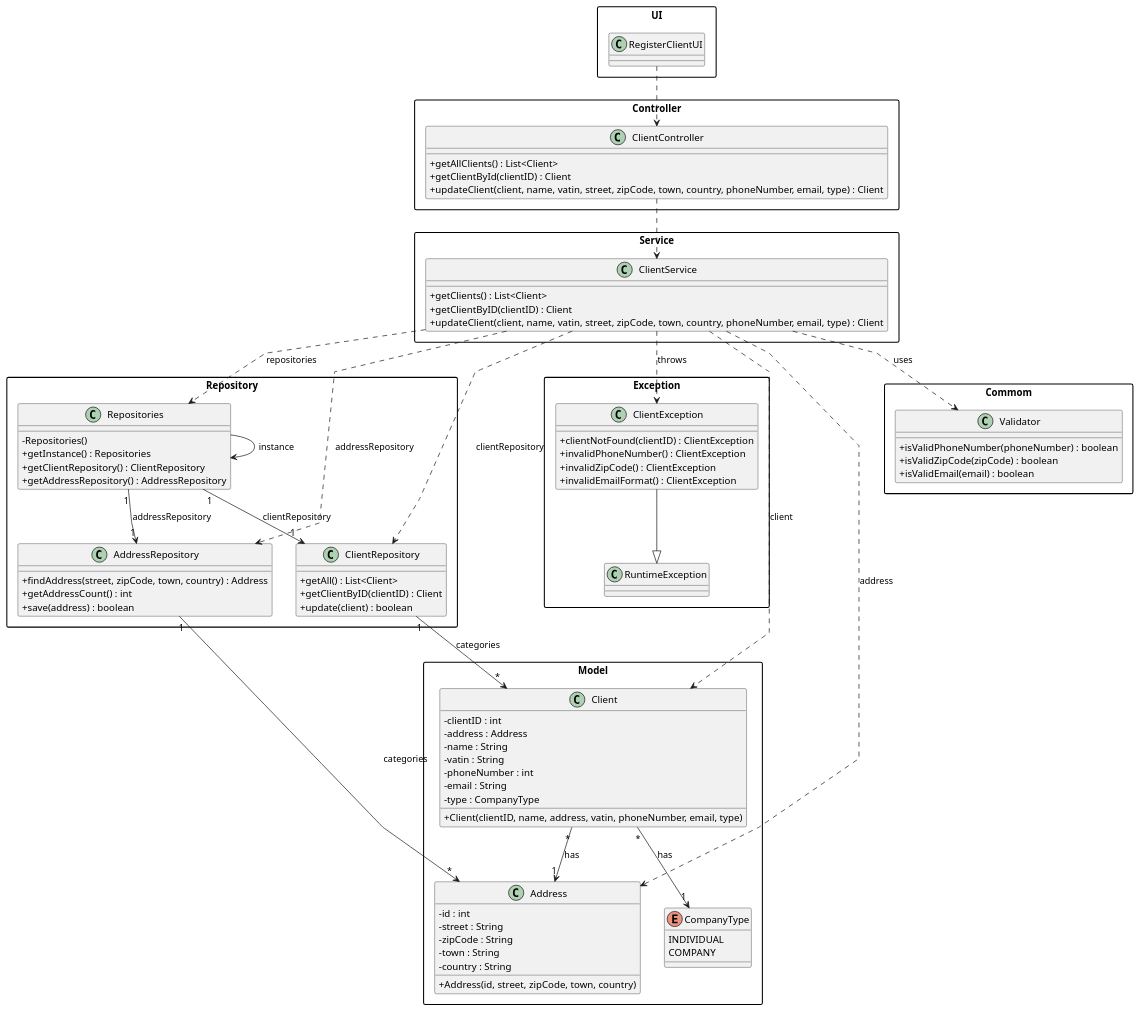
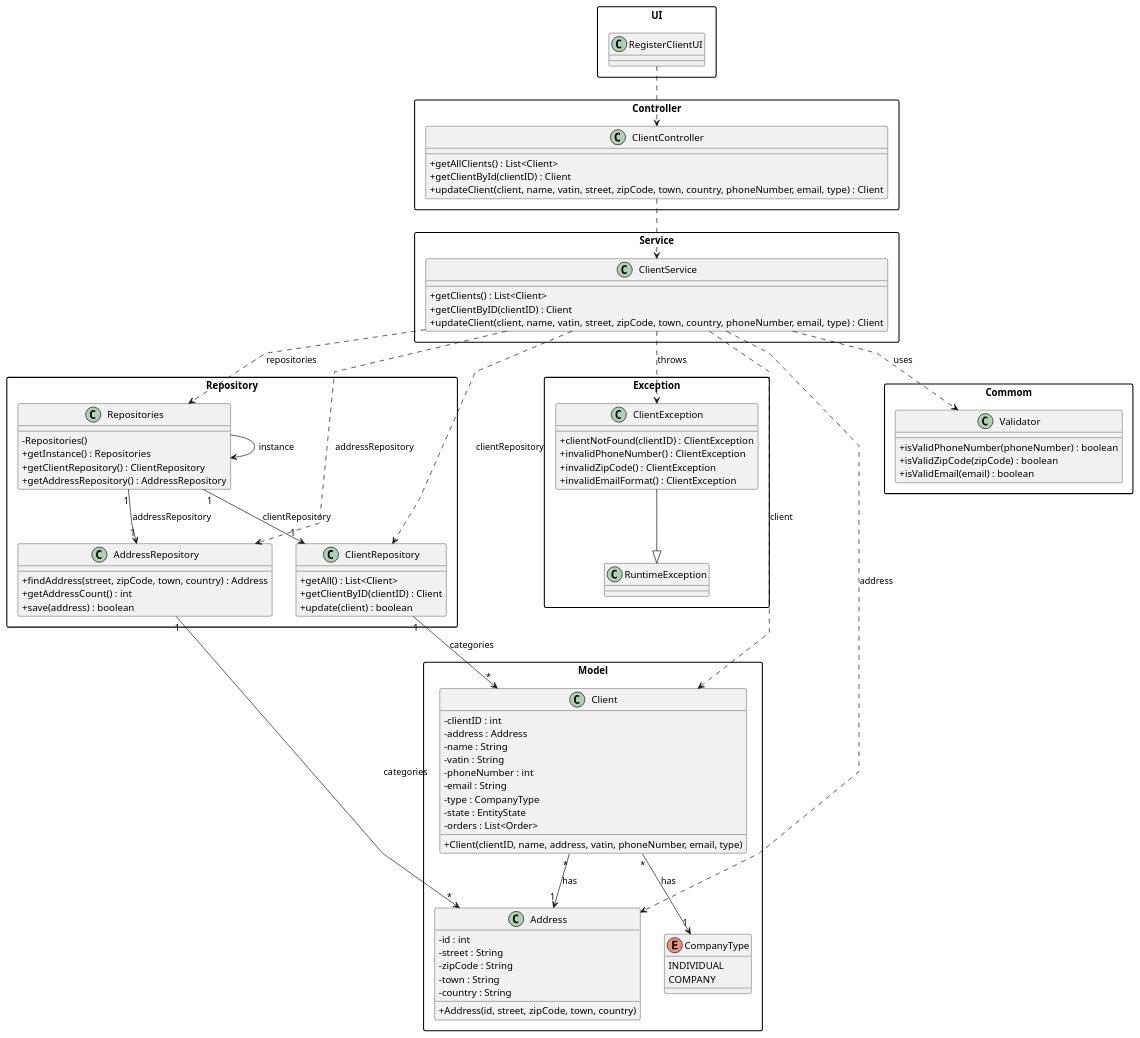
The diagram in documentation/user-stories/us003/03.design/puml/us003-class-diagram.puml (daniel41silva05/Production_Control_Industrial_ISEP), drawn with PlantUML before and after one commit. The commit also changed 22 other files, not shown here.

```diff
--- a/documentation/user-stories/us003/03.design/puml/us003-class-diagram.puml
+++ b/documentation/user-stories/us003/03.design/puml/us003-class-diagram.puml
@@ -1,114 +1,116 @@
 @startuml
 skinparam packageStyle rectangle
 skinparam shadowing false
 skinparam linetype polyline
 skinparam classAttributeIconSize 0
 
 package "UI" {
     class RegisterClientUI {
     }
 }
 
 package "Controller" {
     class ClientController {
         +getAllClients() : List<Client>
         +getClientById(clientID) : Client
         +updateClient(client, name, vatin, street, zipCode, town, country, phoneNumber, email, type) : Client
     }
 }
 
 package "Service" {
     class ClientService {
         +getClients() : List<Client>
         +getClientByID(clientID) : Client
         +updateClient(client, name, vatin, street, zipCode, town, country, phoneNumber, email, type) : Client
     }
 }
 
 package "Repository" {
     class Repositories {
         -Repositories()
         +getInstance() : Repositories
         +getClientRepository() : ClientRepository
         +getAddressRepository() : AddressRepository
     }
 
     class ClientRepository {
         +getAll() : List<Client>
         +getClientByID(clientID) : Client
         +update(client) : boolean
     }
 
     class AddressRepository {
         +findAddress(street, zipCode, town, country) : Address
         +getAddressCount() : int
         +save(address) : boolean
     }
 }
 
 package "Model" {
     class Client {
         -clientID : int
         -address : Address
         -name : String
         -vatin : String
         -phoneNumber : int
         -email : String
         -type : CompanyType
+        -state : EntityState
+        -orders : List<Order>
         +Client(clientID, name, address, vatin, phoneNumber, email, type)
     }
 
     class Address {
         -id : int
         -street : String
         -zipCode : String
         -town : String
         -country : String
         +Address(id, street, zipCode, town, country)
     }
 
     enum CompanyType {
         INDIVIDUAL
         COMPANY
     }
 }
 
 package "Exception" {
     class ClientException {
         +clientNotFound(clientID) : ClientException
         +invalidPhoneNumber() : ClientException
         +invalidZipCode() : ClientException
         +invalidEmailFormat() : ClientException
     }
 
     class RuntimeException
 }
 
 package "Commom" {
     class Validator {
         +isValidPhoneNumber(phoneNumber) : boolean
         +isValidZipCode(zipCode) : boolean
         +isValidEmail(email) : boolean
     }
 }
 
 
 RegisterClientUI ..> ClientController
 ClientController ..> ClientService
 ClientService ..> Repositories : repositories
 ClientService ..> ClientRepository : clientRepository
 ClientService ..> AddressRepository : addressRepository
 ClientService ..> Client : client
 ClientService ..> Address : address
 Repositories --> Repositories : instance
 Repositories "1" --> "1" ClientRepository : clientRepository
 Repositories "1" --> "1" AddressRepository : addressRepository
 ClientRepository "1" --> "*" Client : categories
 AddressRepository "1" --> "*" Address : categories
 Client "*" --> "1" Address : has
 Client "*" --> "1" CompanyType : has
 ClientService ..> ClientException : throws
 ClientException --|> RuntimeException
 ClientService ..> Validator : uses
 
 @enduml
```
